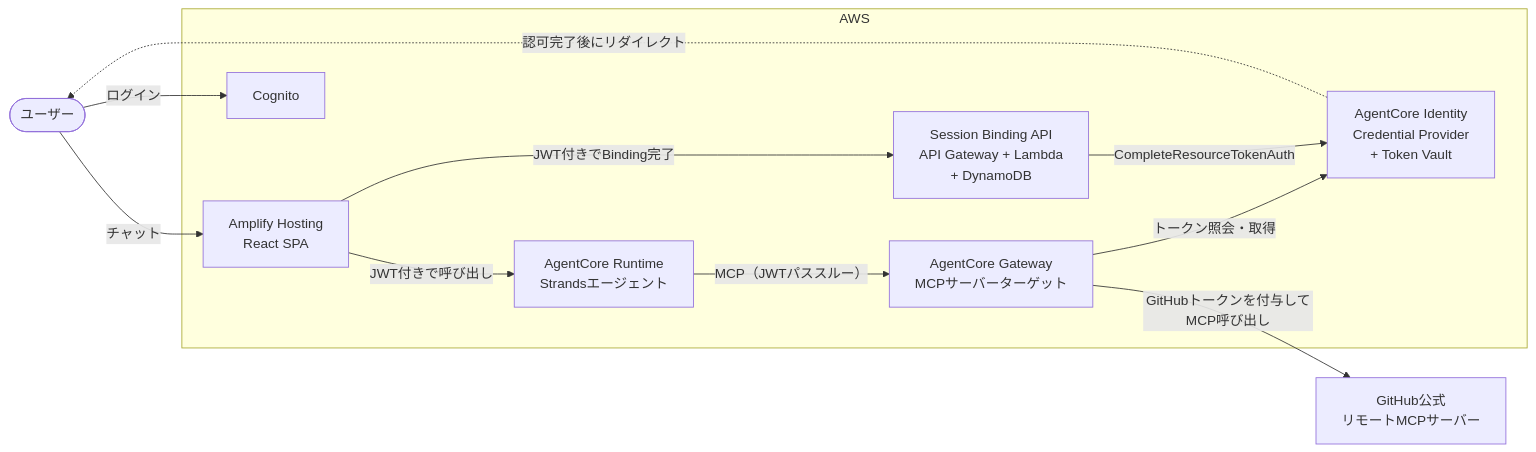
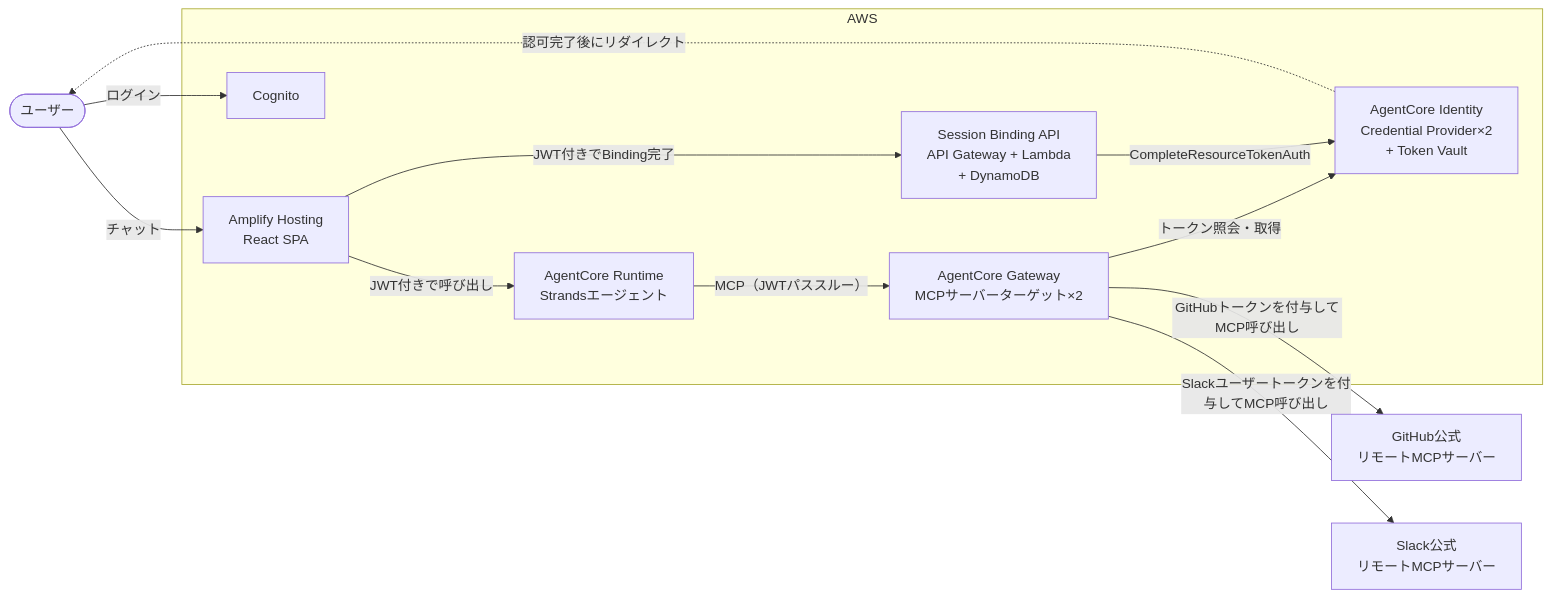
The diagram in README.md (yuu551/agentcore-gateway-3lo), drawn with Mermaid before and after one commit. The commit also changed other lines of this file and 2 other files, not shown here.

````diff
--- a/README.md
+++ b/README.md
@@ -12,24 +12,26 @@
 ```mermaid
 flowchart LR
     U([ユーザー])
     GH[GitHub公式<br/>リモートMCPサーバー]
+    SLK[Slack公式<br/>リモートMCPサーバー]
 
     subgraph AWS
         SPA[Amplify Hosting<br/>React SPA]
         COG[Cognito]
         SB[Session Binding API<br/>API Gateway + Lambda<br/>+ DynamoDB]
         RT[AgentCore Runtime<br/>Strandsエージェント]
-        GW[AgentCore Gateway<br/>MCPサーバーターゲット]
-        ID[AgentCore Identity<br/>Credential Provider<br/>+ Token Vault]
+        GW[AgentCore Gateway<br/>MCPサーバーターゲット×2]
+        ID[AgentCore Identity<br/>Credential Provider×2<br/>+ Token Vault]
     end
 
     U -->|ログイン| COG
     U -->|チャット| SPA
     SPA -->|JWT付きで呼び出し| RT
     RT -->|MCP（JWTパススルー）| GW
     GW -->|トークン照会・取得| ID
     GW -->|GitHubトークンを付与してMCP呼び出し| GH
+    GW -->|Slackユーザートークンを付与してMCP呼び出し| SLK
     SPA -->|JWT付きでBinding完了| SB
     SB -->|CompleteResourceTokenAuth| ID
     ID -.->|認可完了後にリダイレクト| U
 ```
````
